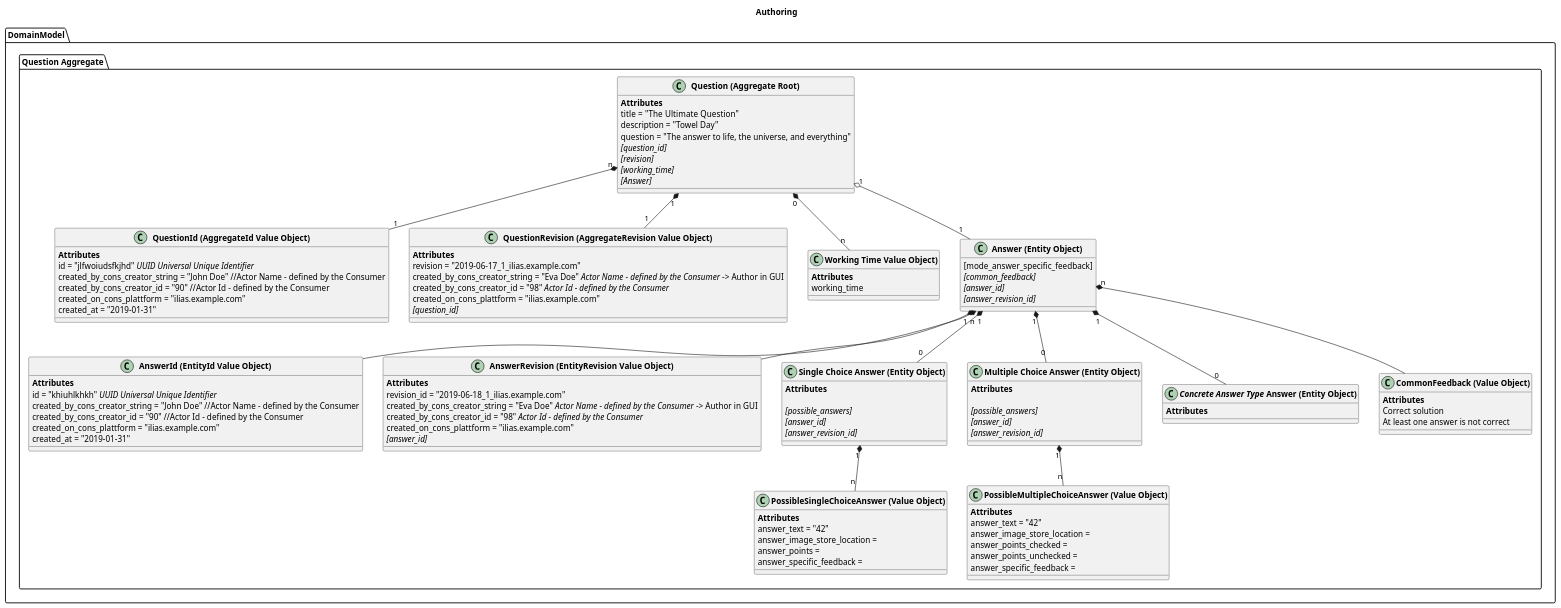
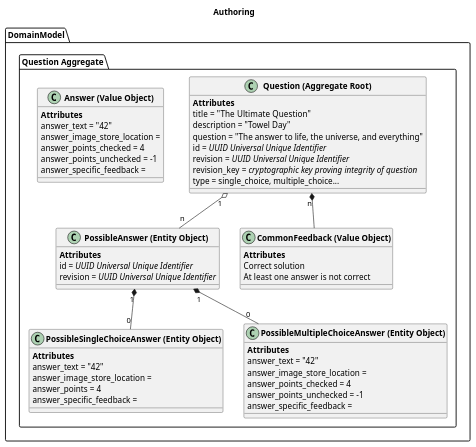
One commit to ILIAS-eLearning/ILIAS changed the diagram in Services/AssessmentQuestion/docs/Big_Picture.puml. Above: the diagram before and after it, drawn with PlantUML.

Commit message:
simplified uml

```diff
--- a/Services/AssessmentQuestion/docs/Big_Picture.puml
+++ b/Services/AssessmentQuestion/docs/Big_Picture.puml
@@ -1,143 +1,67 @@
 @startuml
 Title Authoring
 
 
 package DomainModel {
 package "Question Aggregate" {
-	class "**QuestionId (AggregateId Value Object)**" {
-		**Attributes**
-		id = "jlfwoiudsfkjhd" //UUID Universal Unique Identifier//
-		created_by_cons_creator_string = "John Doe" //Actor Name - defined by the Consumer
-		created_by_cons_creator_id = "90" //Actor Id - defined by the Consumer
-		created_on_cons_plattform = "ilias.example.com"
-		created_at = "2019-01-31"
-	}
-
-
-	class "**QuestionRevision (AggregateRevision Value Object)**" {
-		**Attributes**
-		revision = "2019-06-17_1_ilias.example.com"
-		created_by_cons_creator_string = "Eva Doe" //Actor Name - defined by the Consumer// -> Author in GUI
-		created_by_cons_creator_id = "98" //Actor Id - defined by the Consumer//
-		created_on_cons_plattform = "ilias.example.com"
-		//[question_id]//
-	}
-
-
 	Class "**Question (Aggregate Root)**" {
 		**Attributes**
 		title =  "The Ultimate Question"
 		description = "Towel Day"
 		question = "The answer to life, the universe, and everything"
-		//[question_id]//
-		//[revision]//
-		//[working_time]//
-		//[Answer]//
+		id = //UUID Universal Unique Identifier//
+		revision = //UUID Universal Unique Identifier//
+		revision_key = //cryptographic key proving integrity of question//
+		type = single_choice, multiple_choice...
 	}
 
-	Class "**Working Time Value Object)**" {
-		**Attributes**
-		working_time
+	Class "**PossibleAnswer (Entity Object)**" {
+	    **Attributes**
+		id = //UUID Universal Unique Identifier//
+        revision = //UUID Universal Unique Identifier//
 	}
 
-	"**Question (Aggregate Root)**" "n"*--"1" "**QuestionId (AggregateId Value Object)**"
-    "**Question (Aggregate Root)**" "1"*--"1" "**QuestionRevision (AggregateRevision Value Object)**"
-    "**Question (Aggregate Root)**" "0"*--"n"  "**Working Time Value Object)**"
-
-
-    "**Question (Aggregate Root)**" "1" o-- "1" "**Answer (Entity Object)**"
-
-
-
-	Class "**Answer (Entity Object)**" {
-		[mode_answer_specific_feedback]
-		//[common_feedback]//
-		//[answer_id]//
-		//[answer_revision_id]//
-	}
-
-	Class "**AnswerId (EntityId Value Object)**" {
-		**Attributes**
-		id = "khiuhlkhkh" //UUID Universal Unique Identifier//
-		created_by_cons_creator_string = "John Doe" //Actor Name - defined by the Consumer
-		created_by_cons_creator_id = "90" //Actor Id - defined by the Consumer
-		created_on_cons_plattform = "ilias.example.com"
-		created_at = "2019-01-31"
-	}
-
-	class "**AnswerRevision (EntityRevision Value Object)**" {
-		**Attributes**
-		revision_id = "2019-06-18_1_ilias.example.com"
-		created_by_cons_creator_string = "Eva Doe" //Actor Name - defined by the Consumer// -> Author in GUI
-		created_by_cons_creator_id = "98" //Actor Id - defined by the Consumer//
-		created_on_cons_plattform = "ilias.example.com"
-		//[answer_id]//
-	}
-
-	Class "**Single Choice Answer (Entity Object)**" {
-		**Attributes**
-
-		//[possible_answers]//
-		//[answer_id]//
-        //[answer_revision_id]//
-	}
-
-	Class "**Multiple Choice Answer (Entity Object)**" {
-    		**Attributes**
-
-    		//[possible_answers]//
-    		//[answer_id]//
-            //[answer_revision_id]//
-    }
-
-	Class "**PossibleSingleChoiceAnswer (Value Object)**" {
+	Class "**PossibleSingleChoiceAnswer (Entity Object)**" {
 			**Attributes**
             answer_text = "42"
             answer_image_store_location =
-            answer_points =
+            answer_points = 4
             answer_specific_feedback =
     }
 
-	Class "**PossibleMultipleChoiceAnswer (Value Object)**" {
+	Class "**PossibleMultipleChoiceAnswer (Entity Object)**" {
     		**Attributes**
 			answer_text = "42"
 	        answer_image_store_location =
-	        answer_points_checked =
-	        answer_points_unchecked =
+	        answer_points_checked = 4
+	        answer_points_unchecked = -1
 	        answer_specific_feedback =
     }
 
-    Class "**//Concrete Answer Type// Answer (Entity Object)**" {
-           **Attributes**
+	Class "**Answer (Value Object)**" {
+    		**Attributes**
+			answer_text = "42"
+	        answer_image_store_location =
+	        answer_points_checked = 4
+	        answer_points_unchecked = -1
+	        answer_specific_feedback =
     }
 
-
-
-
-	 "**Answer (Entity Object)**" "n"*-- "**AnswerId (EntityId Value Object)**"
-     "**Answer (Entity Object)**" "1"*-- "**AnswerRevision (EntityRevision Value Object)**"
-
-     "**Answer (Entity Object)**" "1"*-- "0" "**Single Choice Answer (Entity Object)**"
-        "**Single Choice Answer (Entity Object)**" "1"*-- "n" "**PossibleSingleChoiceAnswer (Value Object)**"
-
-     "**Answer (Entity Object)**" "1"*-- "0" "**Multiple Choice Answer (Entity Object)**"
-         "**Multiple Choice Answer (Entity Object)**" "1"*-- "n" "**PossibleMultipleChoiceAnswer (Value Object)**"
-
-     "**Answer (Entity Object)**" "1"*-- "0" "**//Concrete Answer Type// Answer (Entity Object)**"
-
-
+    "**Question (Aggregate Root)**" "1" o-- "n" "**PossibleAnswer (Entity Object)**"
+     "**PossibleAnswer (Entity Object)**" "1"*-- "0" "**PossibleSingleChoiceAnswer (Entity Object)**"
+     "**PossibleAnswer (Entity Object)**" "1"*-- "0" "**PossibleMultipleChoiceAnswer (Entity Object)**"
 
 	Class "**CommonFeedback (Value Object)**" {
 		**Attributes**
     	Correct solution
     	At least one answer is not correct
     }
 
-     "**Answer (Entity Object)**" "n"*-- "**CommonFeedback (Value Object)**"
+     "**Question (Aggregate Root)**" "n"*-- "**CommonFeedback (Value Object)**"
 
 
 
 }
 
 }
 @enduml
```
